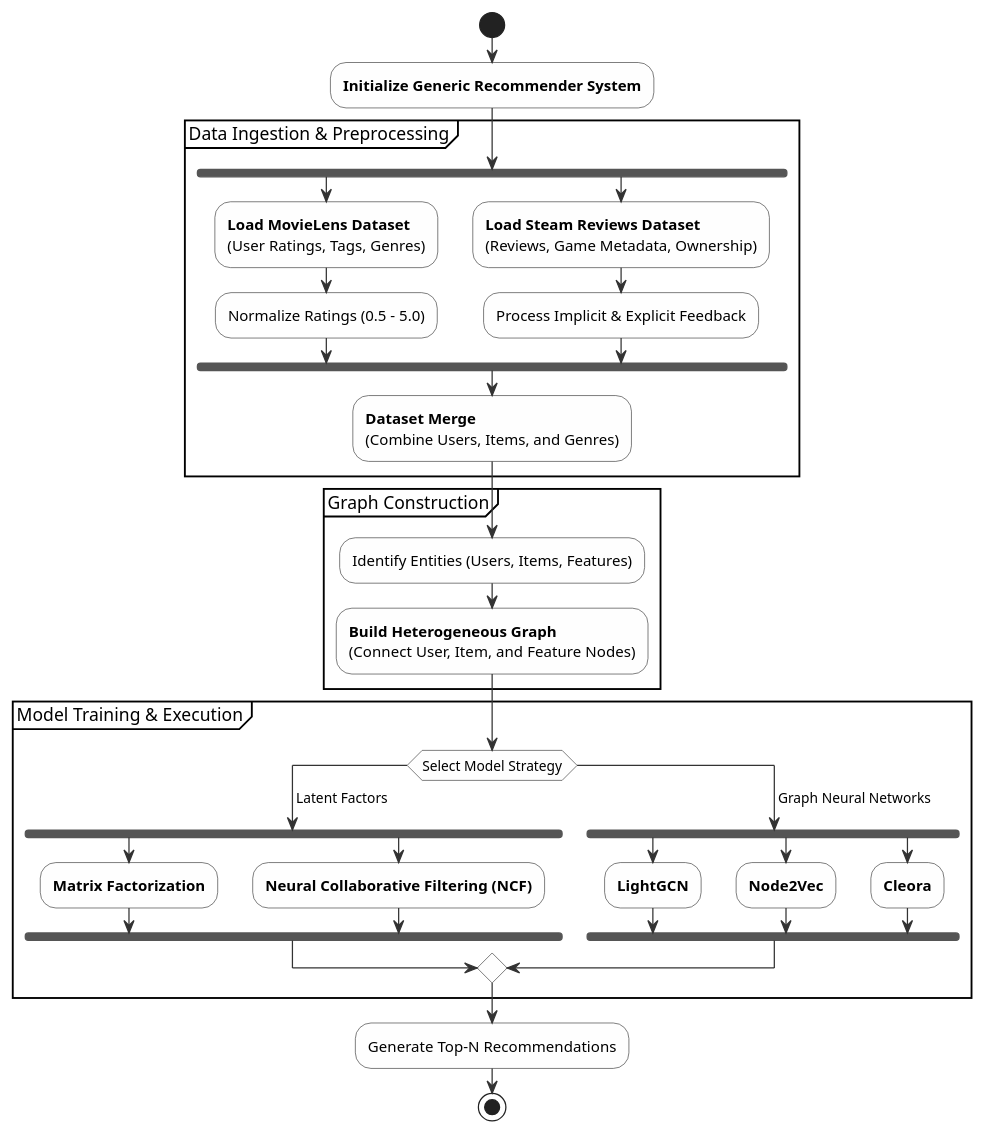
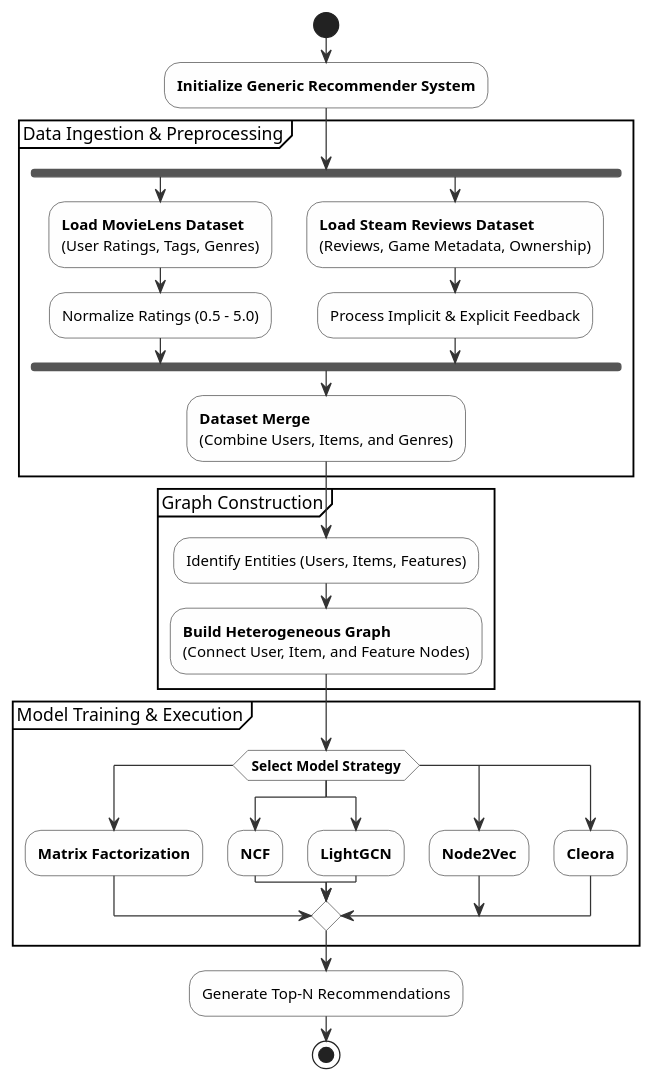
Before and after one commit to markopolo139/Generic-Recommender-Semantics-Put: the diagram in docs/Milestone 4/system.plantuml, drawn with PlantUML.

Commit message:
improve system UML

```diff
--- a/docs/Milestone 4/system.plantuml
+++ b/docs/Milestone 4/system.plantuml
@@ -1,57 +1,53 @@
 @startuml
 skinparam backgroundColor white
 skinparam activity {
   BackgroundColor #FEFEFE
   BorderColor #333333
   ArrowColor #333333
 }
 
 start
 
 :<b>Initialize Generic Recommender System</b>;
 
 partition "Data Ingestion & Preprocessing" {
     fork
         :<b>Load MovieLens Dataset</b>
         (User Ratings, Tags, Genres);
         :Normalize Ratings (0.5 - 5.0);
     fork again
         :<b>Load Steam Reviews Dataset</b>
         (Reviews, Game Metadata, Ownership);
         :Process Implicit & Explicit Feedback;
     end fork
 
     :<b>Dataset Merge</b>
     (Combine Users, Items, and Genres);
 }
 
 partition "Graph Construction" {
     :Identify Entities (Users, Items, Features);
     :<b>Build Heterogeneous Graph</b>
     (Connect User, Item, and Feature Nodes);
 }
 
 partition "Model Training & Execution" {
-    switch (Select Model Strategy)
-    case ( Latent Factors )
-        fork
-            :<b>Matrix Factorization</b>;
-        fork again
-            :<b>Neural Collaborative Filtering (NCF)</b>;
-        end fork
-    case ( Graph Neural Networks )
-        fork
-            :<b>LightGCN</b>;
-        fork again
-            :<b>Node2Vec</b>;
-        fork again
-            :<b>Cleora</b>;
-        end fork
+    switch ( <b>Select Model Strategy</b> )
+    case (  )
+        :<b>Matrix Factorization</b>;
+    case (  )
+        :<b>NCF</b>;
+    case (  )
+        :<b>LightGCN</b>;
+    case (  )
+        :<b>Node2Vec</b>;
+    case (  )
+        :<b>Cleora</b>;
     endswitch
 }
 
 :Generate Top-N Recommendations;
 
 
 stop
 @enduml
```
